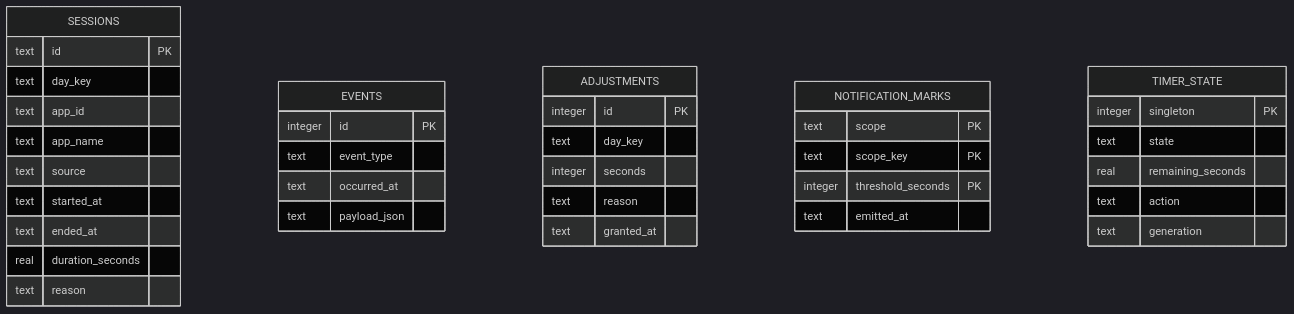
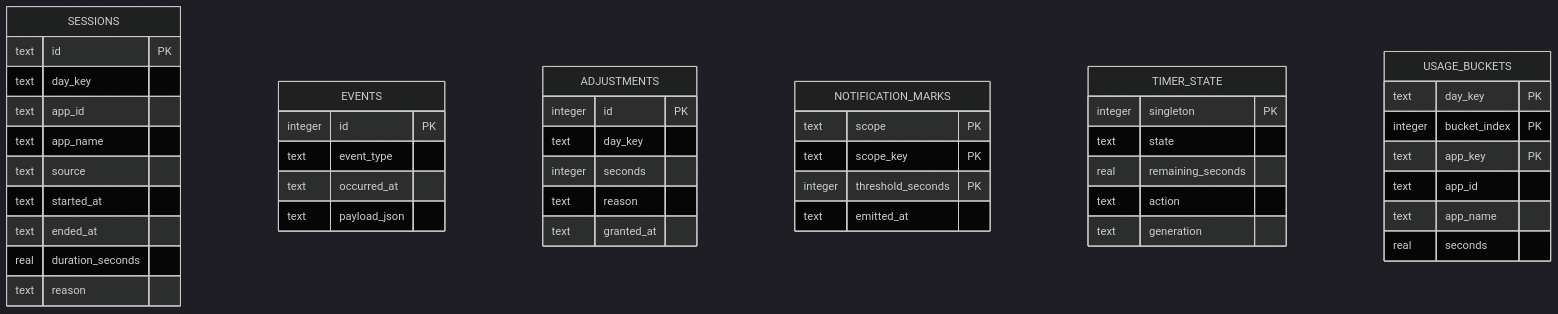
Before and after one commit to arfipod/steamos-time-guardian: the second of 3 diagrams in docs/architecture.md, drawn with Mermaid (dark theme). The commit also changed other lines of this file and 35 other files, not shown here.

````diff
--- a/docs/architecture.md
+++ b/docs/architecture.md
@@ -80,40 +80,48 @@
 ```mermaid
 erDiagram
   SESSIONS {
     text id PK
     text day_key
     text app_id
     text app_name
     text source
     text started_at
     text ended_at
     real duration_seconds
     text reason
   }
   EVENTS {
     integer id PK
     text event_type
     text occurred_at
     text payload_json
   }
   ADJUSTMENTS {
     integer id PK
     text day_key
     integer seconds
     text reason
     text granted_at
   }
   NOTIFICATION_MARKS {
     text scope PK
     text scope_key PK
     integer threshold_seconds PK
     text emitted_at
   }
   TIMER_STATE {
     integer singleton PK
     text state
     real remaining_seconds
     text action
     text generation
   }
+  USAGE_BUCKETS {
+    text day_key PK
+    integer bucket_index PK
+    text app_key PK
+    text app_id
+    text app_name
+    real seconds
+  }
 ```
````
